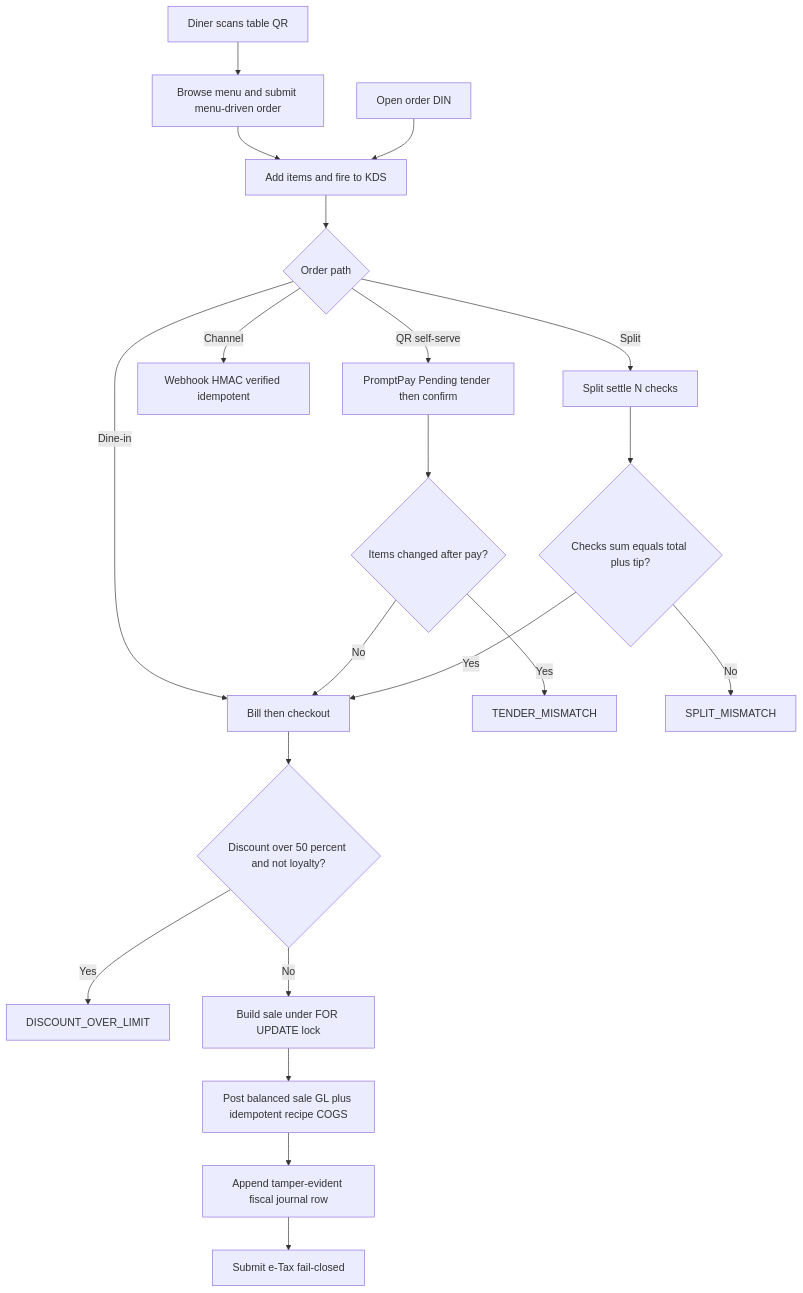
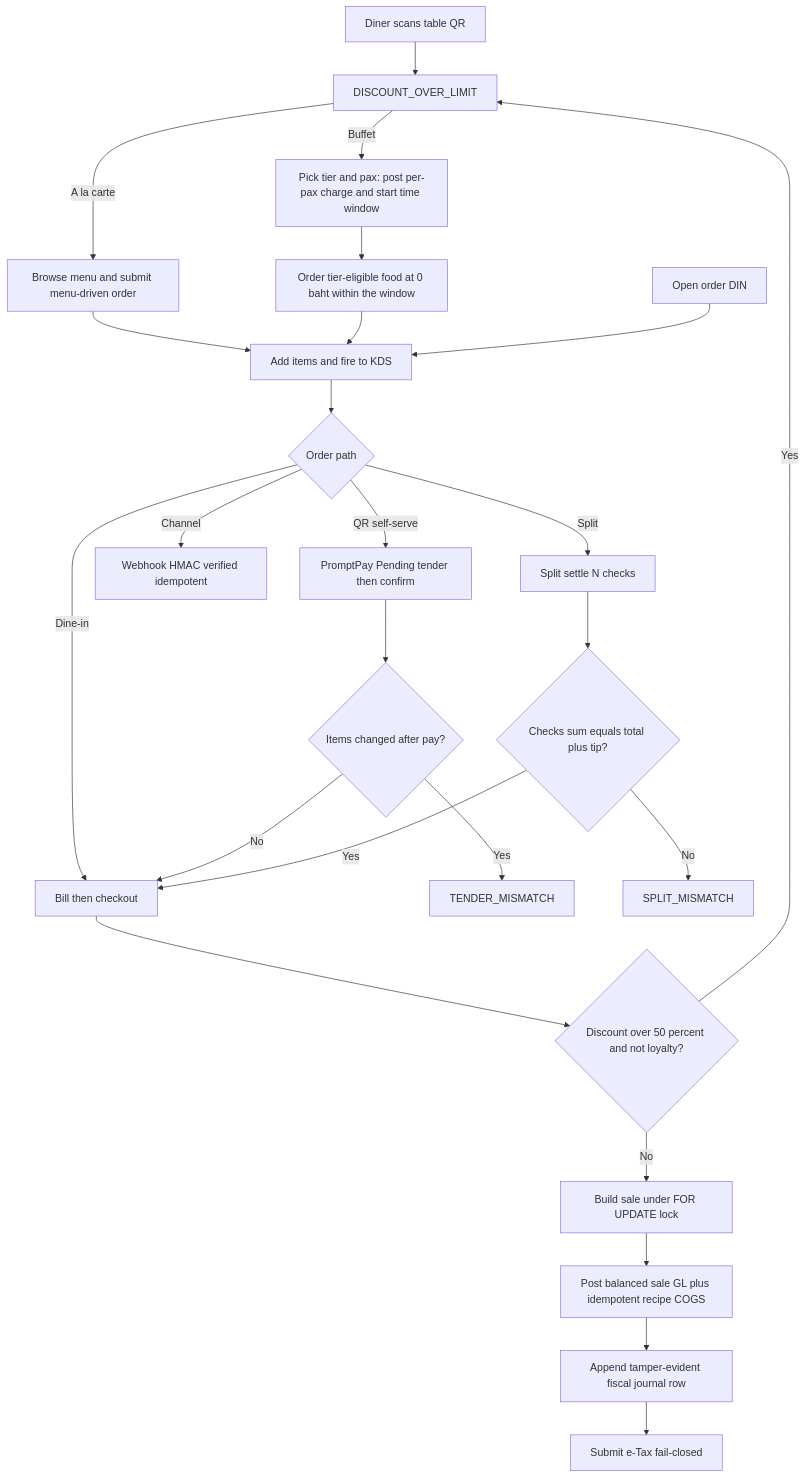
The diagram in docs/process-narratives/20-restaurant-operations.md (wayla69/invisibleERP), drawn with Mermaid before and after one commit. The commit also changed other lines of this file and 19 other files, not shown here.

First line of the commit message:
feat(restaurant): buffet self-ordering (Phase 2) — per-pax tiers + time window

````diff
--- a/docs/process-narratives/20-restaurant-operations.md
+++ b/docs/process-narratives/20-restaurant-operations.md
@@ -125,23 +127,27 @@
 ```mermaid
 flowchart TD
-    S[Diner scans table QR] --> S2[Browse menu and submit menu-driven order]
+    S[Diner scans table QR] --> M{Choose mode}
+    M -->|A la carte| S2[Browse menu and submit menu-driven order]
+    M -->|Buffet| BF[Pick tier and pax: post per-pax charge and start time window]
+    BF --> S3[Order tier-eligible food at 0 baht within the window]
     S2 --> B
+    S3 --> B
     A[Open order DIN] --> B[Add items and fire to KDS]
     B --> C{Order path}
     C -->|Dine-in| D[Bill then checkout]
     C -->|QR self-serve| E[PromptPay Pending tender then confirm]
     C -->|Channel| F[Webhook HMAC verified idempotent]
     C -->|Split| G[Split settle N checks]
     E --> H{Items changed after pay?}
     H -->|Yes| I[TENDER_MISMATCH]
     H -->|No| D
     G --> J{Checks sum equals total plus tip?}
     J -->|No| K[SPLIT_MISMATCH]
     J -->|Yes| D
     D --> L{Discount over 50 percent and not loyalty?}
     L -->|Yes| M[DISCOUNT_OVER_LIMIT]
     L -->|No| N[Build sale under FOR UPDATE lock]
     N --> O[Post balanced sale GL plus idempotent recipe COGS]
     O --> P[Append tamper-evident fiscal journal row]
     P --> Q[Submit e-Tax fail-closed]
 ```
````
